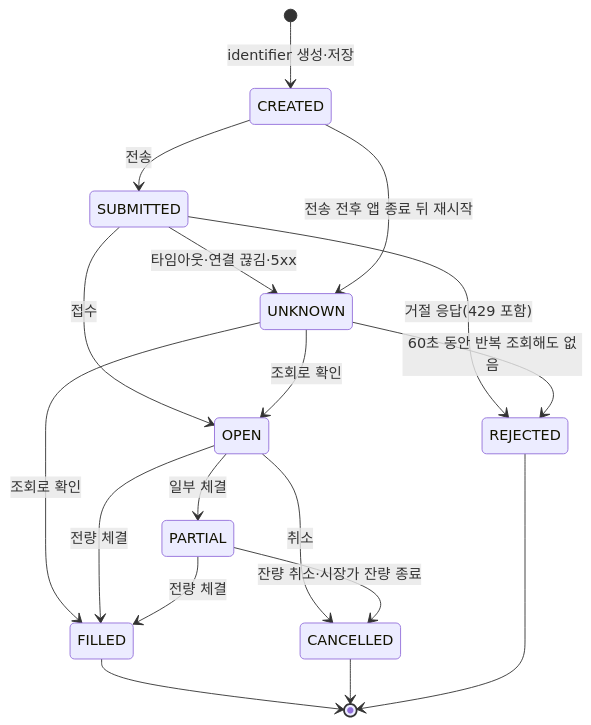
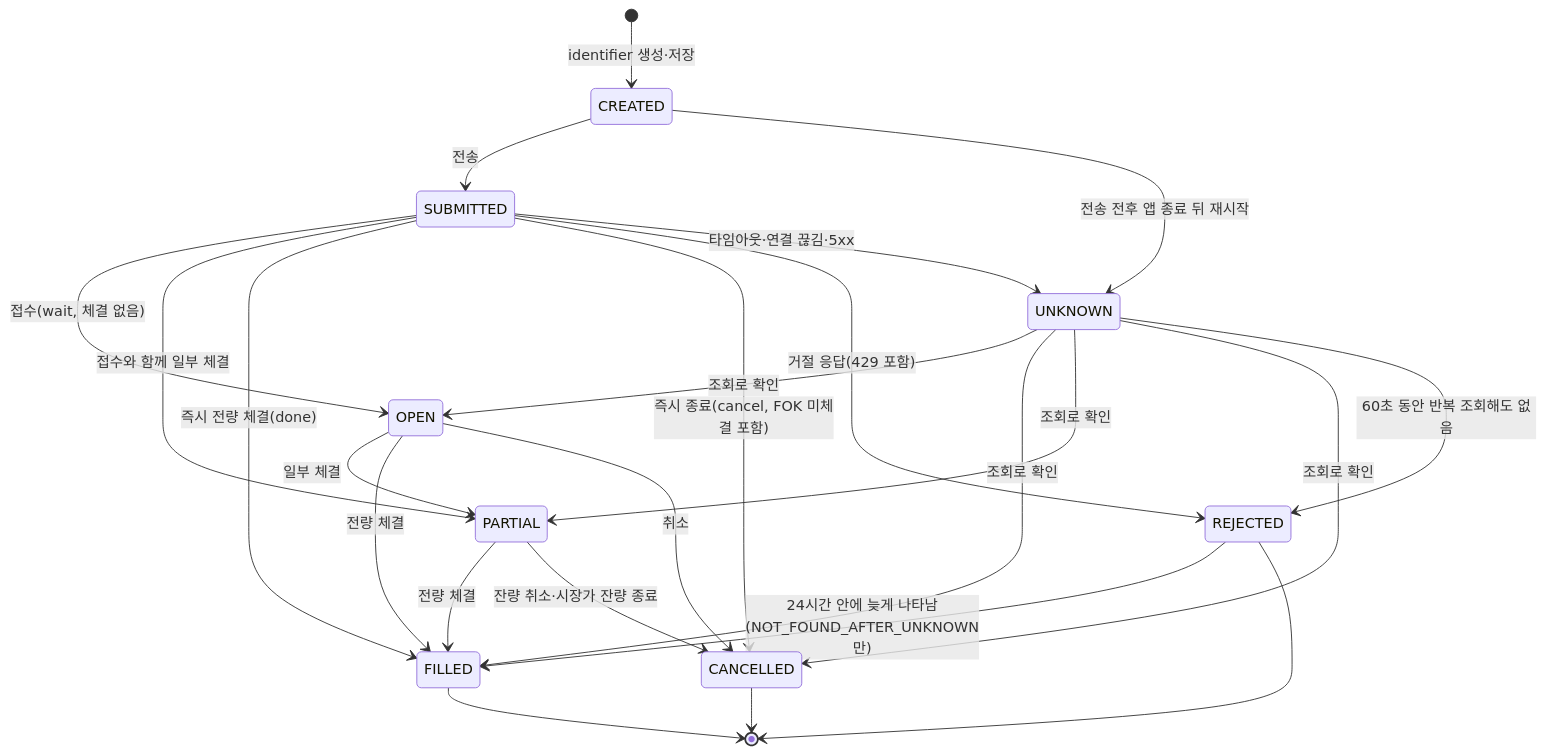
The third of 4 diagrams in docs/03-functional/state-machines.md (khy920723/upbit-autotrader), drawn with Mermaid before and after one commit. The commit also changed other lines of this file and 20 other files, not shown here.

````diff
--- a/docs/03-functional/state-machines.md
+++ b/docs/03-functional/state-machines.md
@@ -87,20 +92,26 @@
 ```mermaid
 stateDiagram-v2
     [*] --> CREATED: identifier 생성·저장
     CREATED --> SUBMITTED: 전송
-    SUBMITTED --> OPEN: 접수
+    SUBMITTED --> OPEN: 접수(wait, 체결 없음)
+    SUBMITTED --> PARTIAL: 접수와 함께 일부 체결
+    SUBMITTED --> FILLED: 즉시 전량 체결(done)
+    SUBMITTED --> CANCELLED: 즉시 종료(cancel, FOK 미체결 포함)
     SUBMITTED --> REJECTED: 거절 응답(429 포함)
     SUBMITTED --> UNKNOWN: 타임아웃·연결 끊김·5xx
     CREATED --> UNKNOWN: 전송 전후 앱 종료 뒤 재시작
     UNKNOWN --> OPEN: 조회로 확인
     UNKNOWN --> FILLED: 조회로 확인
+    UNKNOWN --> PARTIAL: 조회로 확인
+    UNKNOWN --> CANCELLED: 조회로 확인
     UNKNOWN --> REJECTED: 60초 동안 반복 조회해도 없음
+    REJECTED --> FILLED: 24시간 안에 늦게 나타남(NOT_FOUND_AFTER_UNKNOWN만)
     OPEN --> PARTIAL: 일부 체결
     OPEN --> FILLED: 전량 체결
     PARTIAL --> FILLED: 전량 체결
     OPEN --> CANCELLED: 취소
     PARTIAL --> CANCELLED: 잔량 취소·시장가 잔량 종료
     FILLED --> [*]
     CANCELLED --> [*]
     REJECTED --> [*]
 ```
````
